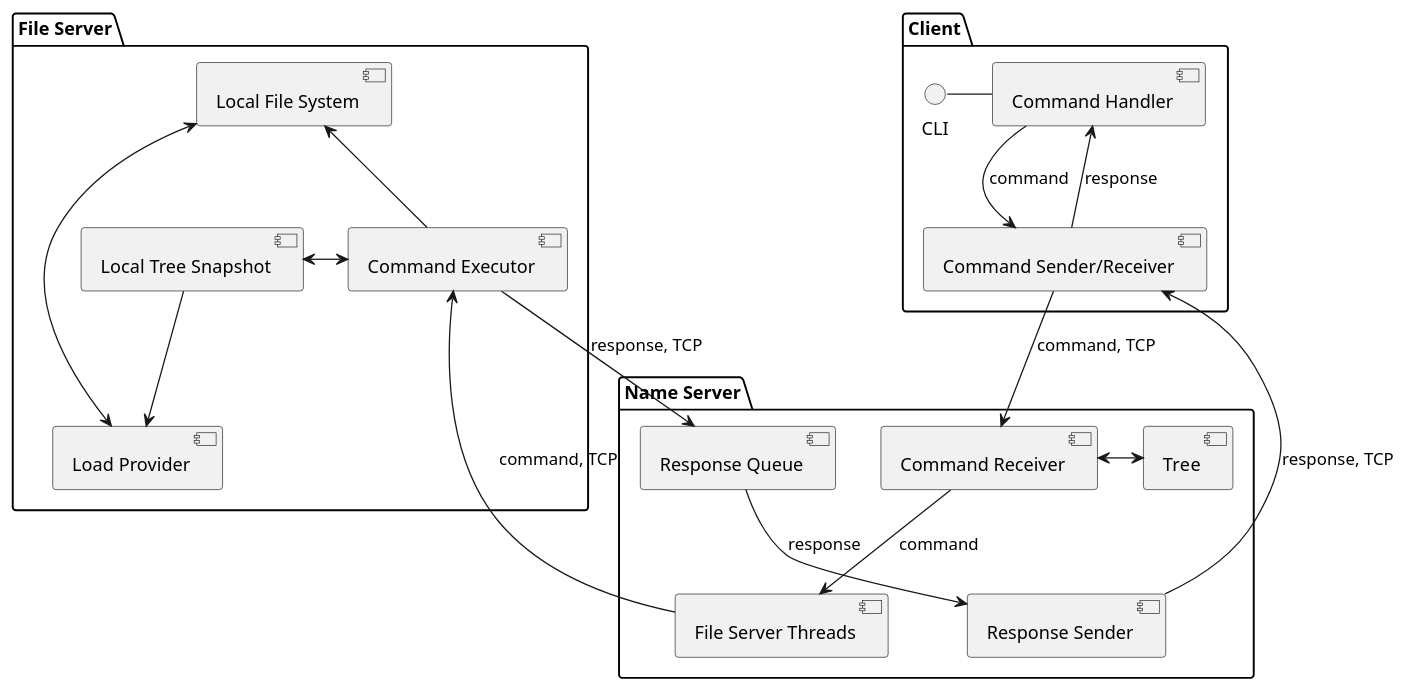
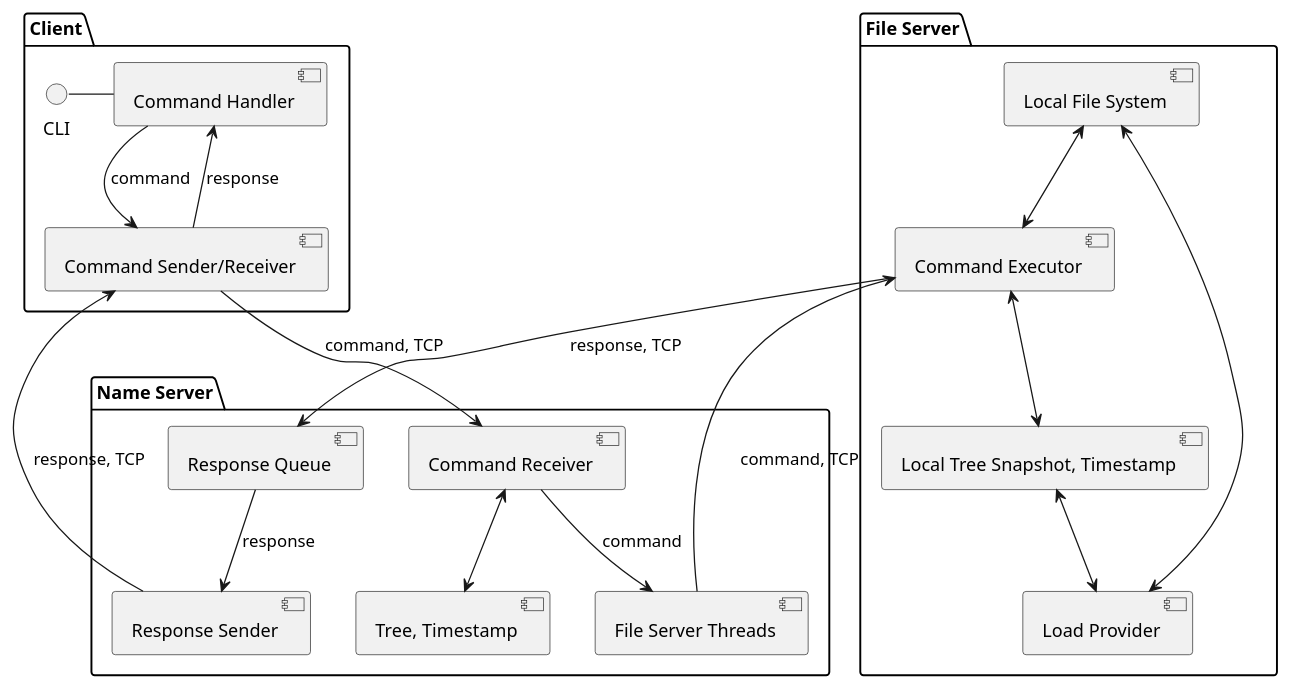
The diagram in Architecture.puml (Delt06/ds-project-2), drawn with PlantUML before and after one commit.

Commit message:
Add timestamp to the architecture

```diff
--- a/Architecture.puml
+++ b/Architecture.puml
@@ -1,43 +1,43 @@
 @startuml
 skinparam backgroundColor #00000000
 
 package "Client" {
     CLI - [Command Handler]
 
     [Command Sender/Receiver]
     [Command Sender/Receiver] --> [Command Handler] : response
     [Command Handler] --> [Command Sender/Receiver] : command 
 }
 
 
 
 package "Name Server" {
     [Command Receiver]
-    [Tree]
+    [Tree, Timestamp]
     [File Server Threads]
     [Response Queue]
     [Response Sender]
     
     [Command Sender/Receiver] --> [Command Receiver]: command, TCP
     [Response Sender] --> [Command Sender/Receiver]: response, TCP
-    [Command Receiver] <-> [Tree]
+    [Command Receiver] <--> [Tree, Timestamp]
     [Command Receiver] --> [File Server Threads]: command
     [Response Queue] --> [Response Sender]: response
 }
 
 package "File Server" {
-    [Local Tree Snapshot]
+    [Local Tree Snapshot, Timestamp]
     [Command Executor]
     [Local File System]
     [Load Provider]
     
-    [Local Tree Snapshot] --> [Load Provider]
-    [Local File System] <-> [Load Provider]
-    [Local File System] <-- [Command Executor]
-    [Command Executor] <-> [Local Tree Snapshot]
+    [Local Tree Snapshot, Timestamp] <--> [Load Provider]
+    [Local File System] <--> [Load Provider]
+    [Local File System] <--> [Command Executor]
+    [Command Executor] <--> [Local Tree Snapshot, Timestamp]
     [Command Executor] <-- [File Server Threads]: command, TCP
     [Command Executor] --> [Response Queue]: response, TCP
 }
 
 
 @enduml
```
